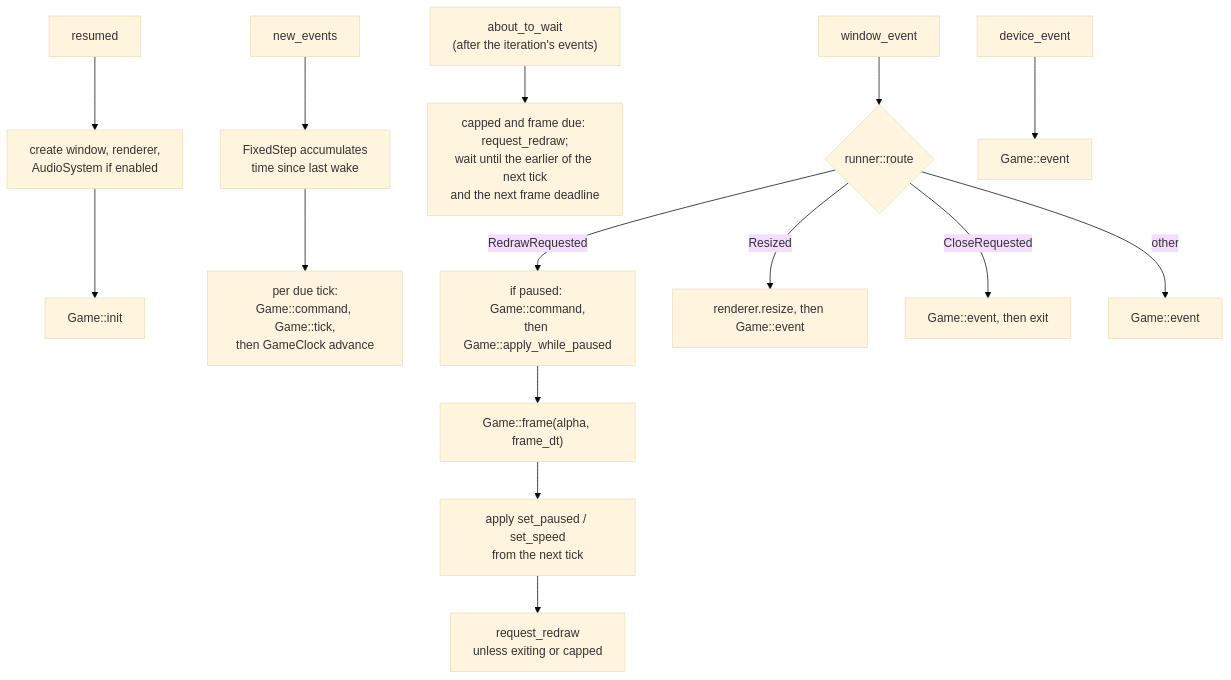
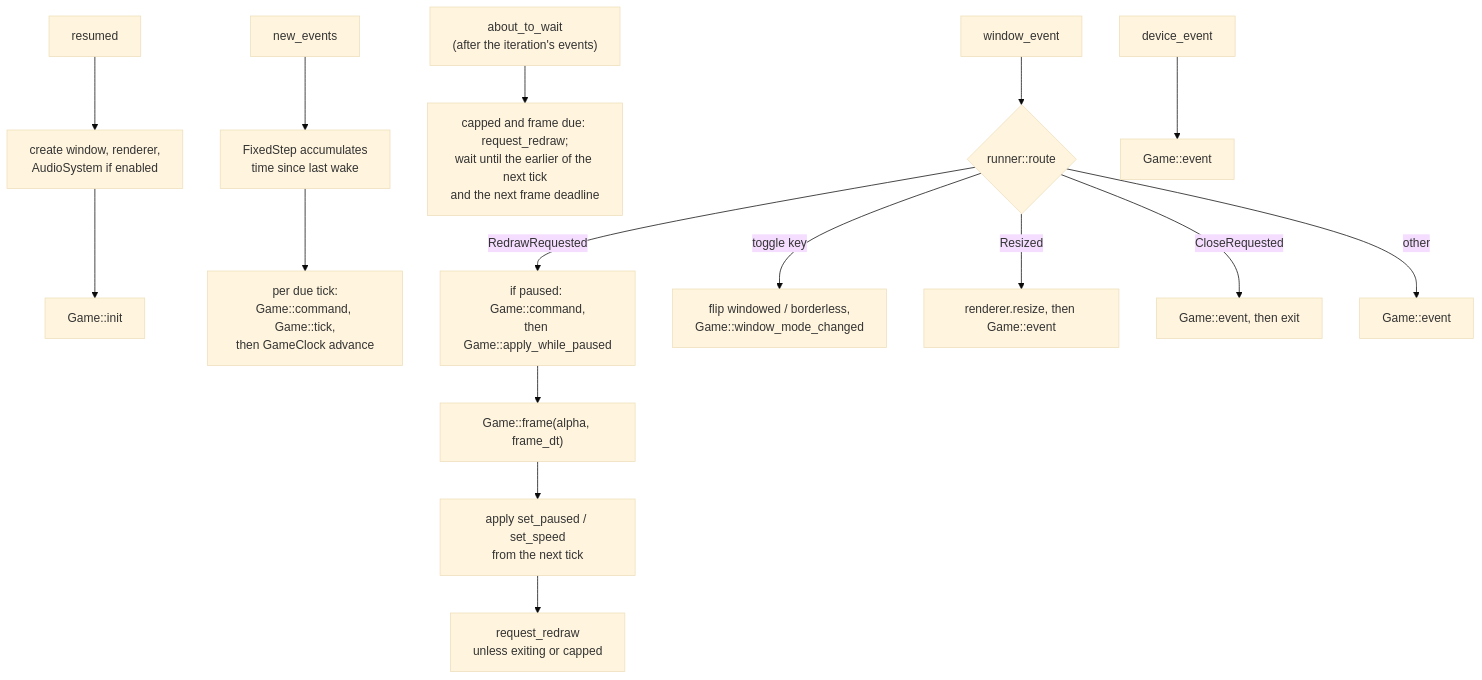
One commit to WrackedFella/moho changed the first of 2 diagrams in wiki/architecture/frame-loop.md. Above: the diagram before and after it, drawn with Mermaid (base theme). The commit also changed other lines of this file and 11 other files, not shown here.

First line of the commit message:
feat(moho_app): F11 and Alt+Enter toggle fullscreen in any game (ENG-F36-01) (#573)

````diff
--- a/wiki/architecture/frame-loop.md
+++ b/wiki/architecture/frame-loop.md
@@ -14,19 +14,20 @@
 ```mermaid
 flowchart TD
     RES["resumed"] --> mk["create window, renderer,<br/>AudioSystem if enabled"] --> init["Game::init"]
 
     NE["new_events"] --> acc["FixedStep accumulates<br/>time since last wake"]
     acc --> tk["per due tick:<br/>Game::command, Game::tick,<br/>then GameClock advance"]
 
     AW["about_to_wait<br/>(after the iteration's events)"] --> cf["capped and frame due: request_redraw;<br/>wait until the earlier of the next tick<br/>and the next frame deadline"]
 
     WE["window_event"] --> route{"runner::route"}
     route -- RedrawRequested --> wp["if paused: Game::command,<br/>then Game::apply_while_paused"] --> fr["Game::frame(alpha, frame_dt)"]
     fr --> req["apply set_paused / set_speed<br/>from the next tick"]
     req --> rr["request_redraw<br/>unless exiting or capped"]
+    route -- toggle key --> wm["flip windowed / borderless,<br/>Game::window_mode_changed"]
     route -- Resized --> rs["renderer.resize, then Game::event"]
     route -- CloseRequested --> ev["Game::event, then exit"]
     route -- other --> ev2["Game::event"]
 
     DE["device_event"] --> ev3["Game::event"]
 ```
````
